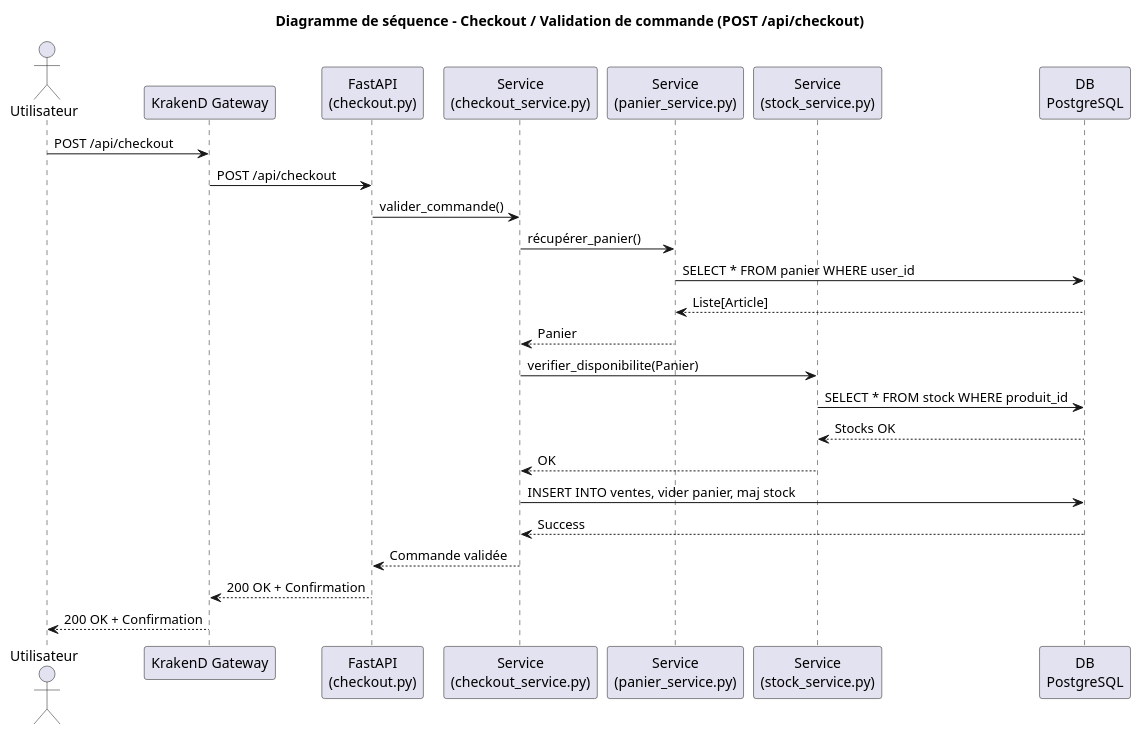
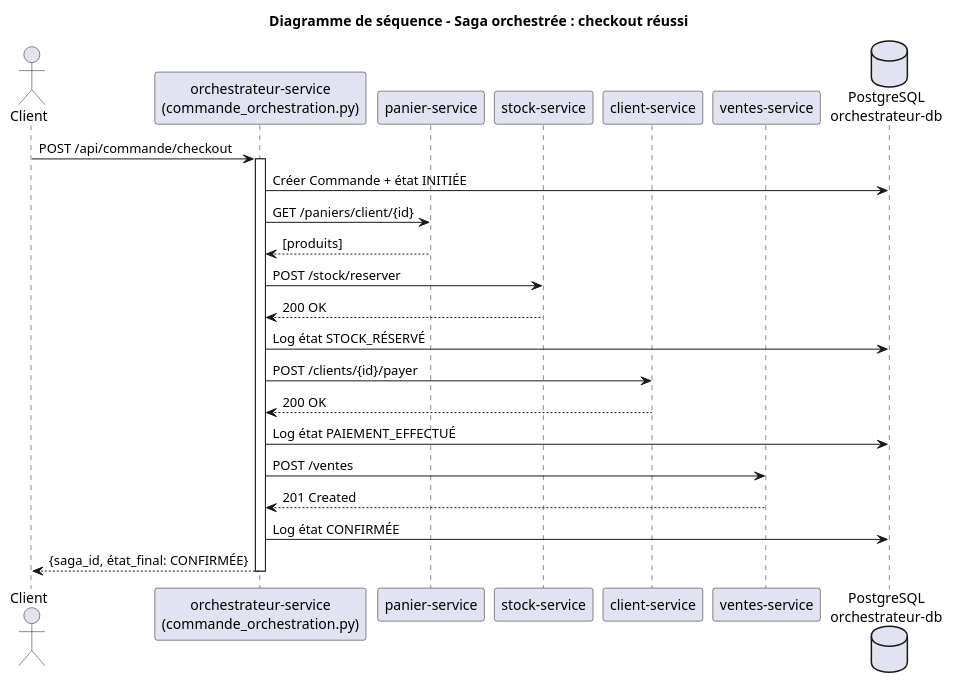
Before and after one commit to EnissayG/laboratoire-0-log430-YassineGraitaa: the diagram in docs/LAB6/UML/diagrammes_sequence/checkout.puml, drawn with PlantUML. The commit also changed 40 other files, not shown here.

```diff
--- a/docs/LAB6/UML/diagrammes_sequence/checkout.puml
+++ b/docs/LAB6/UML/diagrammes_sequence/checkout.puml
@@ -1,32 +1,33 @@
 @startuml
-title Diagramme de séquence – Checkout / Validation de commande (POST /api/checkout)
+title Diagramme de séquence – Saga orchestrée : checkout réussi
 
-actor Utilisateur
-participant "KrakenD Gateway" as KrakenD
-participant "FastAPI\n(checkout.py)" as API
-participant "Service\n(checkout_service.py)" as CheckoutService
-participant "Service\n(panier_service.py)" as PanierService
-participant "Service\n(stock_service.py)" as StockService
-participant "DB\nPostgreSQL" as DB
+actor Client
+participant "orchestrateur-service\n(commande_orchestration.py)" as Orchestrateur
+participant "panier-service" as Panier
+participant "stock-service" as Stock
+participant "client-service" as ClientS
+participant "ventes-service" as Ventes
+database "PostgreSQL\norchestrateur-db" as DB
 
-Utilisateur -> KrakenD : POST /api/checkout
-KrakenD -> API : POST /api/checkout
-API -> CheckoutService : valider_commande()
+Client -> Orchestrateur : POST /api/commande/checkout
+activate Orchestrateur
 
-CheckoutService -> PanierService : récupérer_panier()
-PanierService -> DB : SELECT * FROM panier WHERE user_id
-DB --> PanierService : Liste[Article]
-PanierService --> CheckoutService : Panier
+Orchestrateur -> DB : Créer Commande + état INITIÉE
+Orchestrateur -> Panier : GET /paniers/client/{id}
+Panier --> Orchestrateur : [produits]
 
-CheckoutService -> StockService : verifier_disponibilite(Panier)
-StockService -> DB : SELECT * FROM stock WHERE produit_id
-DB --> StockService : Stocks OK
-StockService --> CheckoutService : OK
+Orchestrateur -> Stock : POST /stock/reserver
+Stock --> Orchestrateur : 200 OK
+Orchestrateur -> DB : Log état STOCK_RÉSERVÉ
 
-CheckoutService -> DB : INSERT INTO ventes, vider panier, maj stock
-DB --> CheckoutService : Success
+Orchestrateur -> ClientS : POST /clients/{id}/payer
+ClientS --> Orchestrateur : 200 OK
+Orchestrateur -> DB : Log état PAIEMENT_EFFECTUÉ
 
-CheckoutService --> API : Commande validée
-API --> KrakenD : 200 OK + Confirmation
-KrakenD --> Utilisateur : 200 OK + Confirmation
+Orchestrateur -> Ventes : POST /ventes
+Ventes --> Orchestrateur : 201 Created
+Orchestrateur -> DB : Log état CONFIRMÉE
+
+Orchestrateur --> Client : {saga_id, état_final: CONFIRMÉE}
+deactivate Orchestrateur
 @enduml
```
